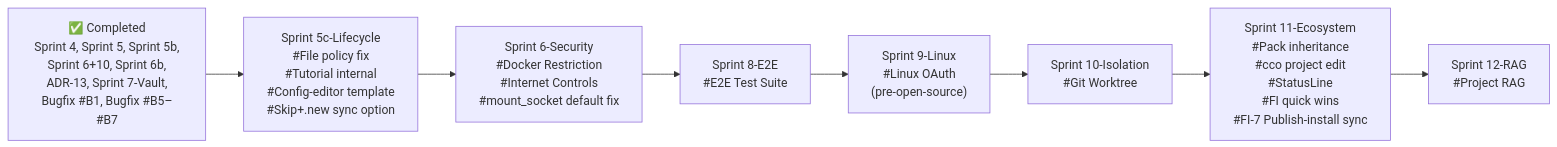
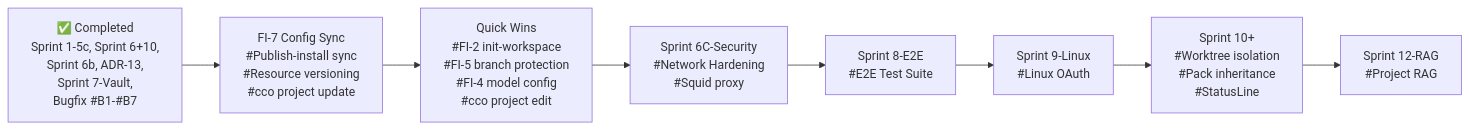
The diagram in docs/maintainer/decisions/roadmap.md (alergyonthestage/claude-orchestrator), drawn with Mermaid before and after one commit. The commit also changed other lines of this file, not shown here.

First line of the commit message:
docs: reprioritize roadmap — FI-7 config sync as P1, quick wins P2, security P3

````diff
--- a/docs/maintainer/decisions/roadmap.md
+++ b/docs/maintainer/decisions/roadmap.md
@@ -28,20 +54,20 @@
 ```mermaid
 graph LR
-    DONE["✅ Completed<br/>Sprint 4, Sprint 5, Sprint 5b,<br/>Sprint 6+10, Sprint 6b,<br/>ADR-13, Sprint 7-Vault,<br/>Bugfix #B1, Bugfix #B5–#B7"]
+    DONE["✅ Completed<br/>Sprint 1-5c, Sprint 6+10,<br/>Sprint 6b, ADR-13,<br/>Sprint 7-Vault,<br/>Bugfix #B1-#B7"]
 
-    SRL["Sprint 5c-Lifecycle<br/>#File policy fix<br/>#Tutorial internal<br/>#Config-editor template<br/>#Skip+.new sync option"]
-    S6S["Sprint 6-Security<br/>#Docker Restriction<br/>#Internet Controls<br/>#mount_socket default fix"]
+    FI7["FI-7 Config Sync<br/>#Publish-install sync<br/>#Resource versioning<br/>#cco project update"]
+    QW["Quick Wins<br/>#FI-2 init-workspace<br/>#FI-5 branch protection<br/>#FI-4 model config<br/>#cco project edit"]
+    S6S["Sprint 6C-Security<br/>#Network Hardening<br/>#Squid proxy"]
     S8E["Sprint 8-E2E<br/>#E2E Test Suite"]
-    S9L["Sprint 9-Linux<br/>#Linux OAuth<br/>(pre-open-source)"]
-    S10I["Sprint 10-Isolation<br/>#Git Worktree"]
-    S11E["Sprint 11-Ecosystem<br/>#Pack inheritance<br/>#cco project edit<br/>#StatusLine<br/>#FI quick wins<br/>#FI-7 Publish-install sync"]
+    S9L["Sprint 9-Linux<br/>#Linux OAuth"]
+    S10["Sprint 10+<br/>#Worktree isolation<br/>#Pack inheritance<br/>#StatusLine"]
     S12R["Sprint 12-RAG<br/>#Project RAG"]
 
-    DONE --> SRL
-    SRL --> S6S
+    DONE --> FI7
+    FI7 --> QW
+    QW --> S6S
     S6S --> S8E
     S8E --> S9L
-    S9L --> S10I
-    S10I --> S11E
-    S11E --> S12R
+    S9L --> S10
+    S10 --> S12R
 ```
````
